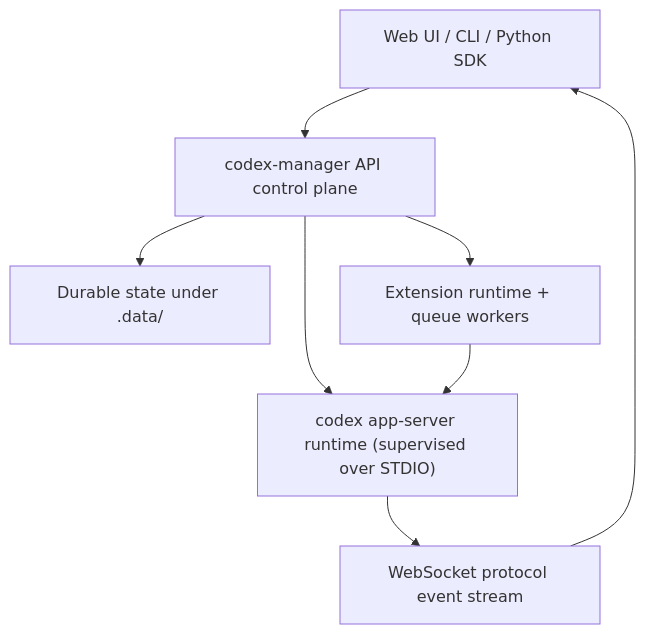
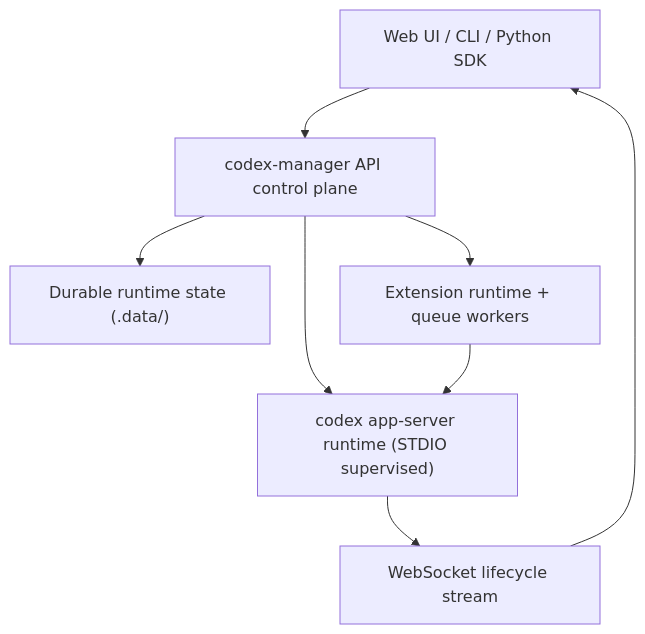
Before and after one commit to jmillpps/codex-manager: the diagram in README.md, drawn with Mermaid. The commit also changed other lines of this file and 83 other files, not shown here.

````diff
--- a/README.md
+++ b/README.md
@@ -99,10 +56,10 @@
 ```mermaid
 flowchart TD
     CLIENTS["Web UI / CLI / Python SDK"] --> API["codex-manager API control plane"]
-    API --> RUNTIME["codex app-server runtime (supervised over STDIO)"]
-    RUNTIME --> STREAM["WebSocket protocol event stream"]
+    API --> RUNTIME["codex app-server runtime (STDIO supervised)"]
+    RUNTIME --> STREAM["WebSocket lifecycle stream"]
     STREAM --> CLIENTS
-    API --> STATE["Durable state under .data/"]
+    API --> STATE["Durable runtime state (.data/)"]
     API --> EXT["Extension runtime + queue workers"]
     EXT --> RUNTIME
 ```
````
